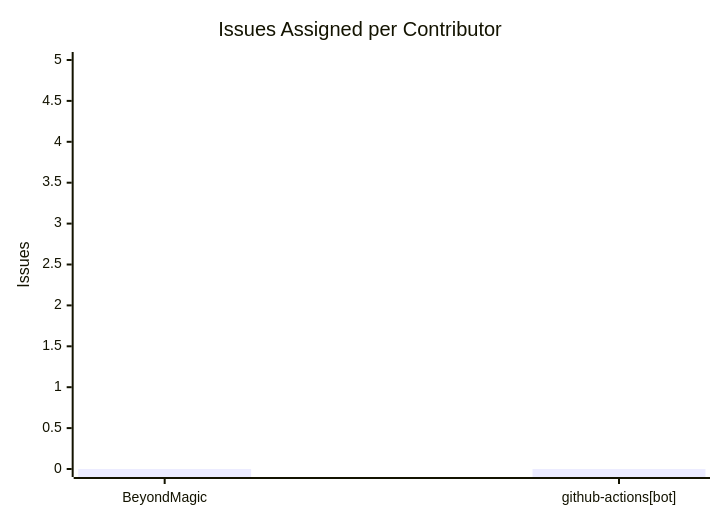
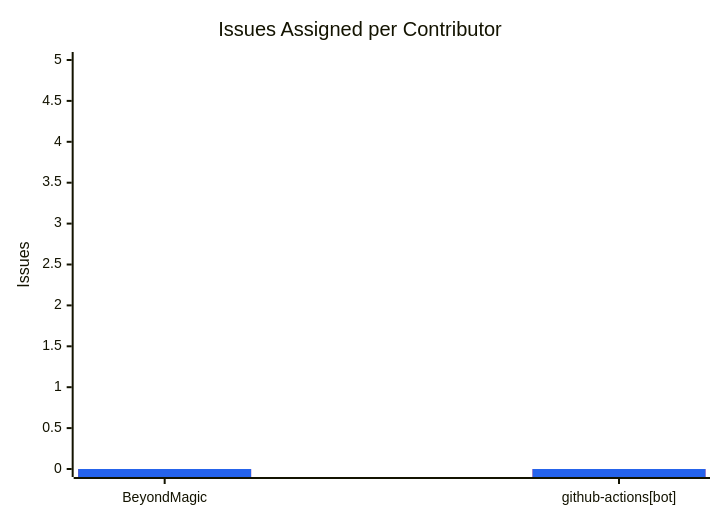
One commit to BeyondMagic/swe-template changed the diagram in documentation/snippets/management/assigned-issues.mmd. Above: the diagram before and after it, drawn with Mermaid. The commit also changed 5 other files, not shown here.

```diff
--- a/documentation/snippets/management/assigned-issues.mmd
+++ b/documentation/snippets/management/assigned-issues.mmd
@@ -1,5 +1,7 @@
+%%{init: {"themeVariables": {"xyChart": {"plotColorPalette": "#e91e63, #2563eb"}}}}%%
 xychart-beta
     title "Issues Assigned per Contributor"
     x-axis ["BeyondMagic", "github-actions[bot]"]
     y-axis "Issues" 0 --> 5
     bar [0, 0]
+    bar [0, 0]
```
